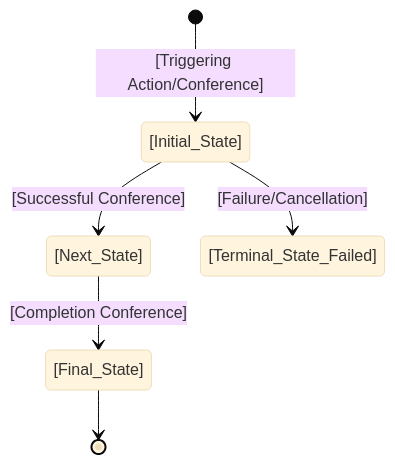
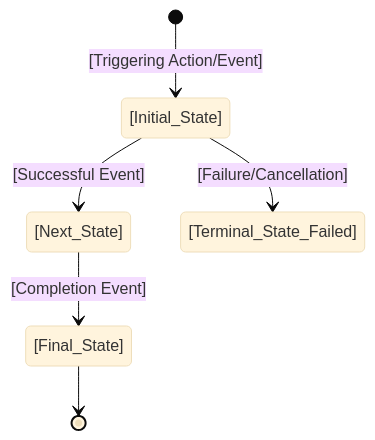
One commit to faparicior/SessioFlow changed the diagram in docs/templates/product/entity-lifecycle.md. Above: the diagram before and after it, drawn with Mermaid (base theme). The commit also changed other lines of this file and 25 other files, not shown here.

````diff
--- a/docs/templates/product/entity-lifecycle.md
+++ b/docs/templates/product/entity-lifecycle.md
@@ -14,9 +14,9 @@
 ```mermaid
 stateDiagram-v2
-    [*] --> [Initial_State] : [Triggering Action/Conference]
-    [Initial_State] --> [Next_State] : [Successful Conference]
+    [*] --> [Initial_State] : [Triggering Action/Event]
+    [Initial_State] --> [Next_State] : [Successful Event]
     [Initial_State] --> [Terminal_State_Failed] : [Failure/Cancellation]
     
-    [Next_State] --> [Final_State] : [Completion Conference]
+    [Next_State] --> [Final_State] : [Completion Event]
     [Final_State] --> [*]
 ```
````
